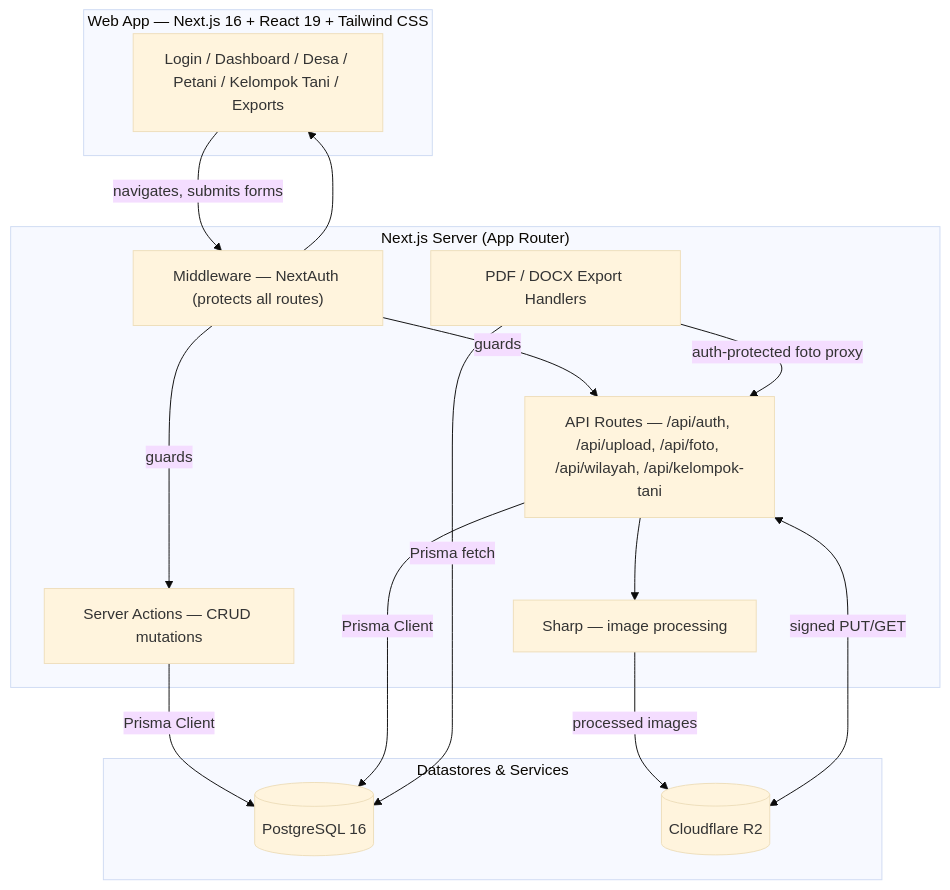
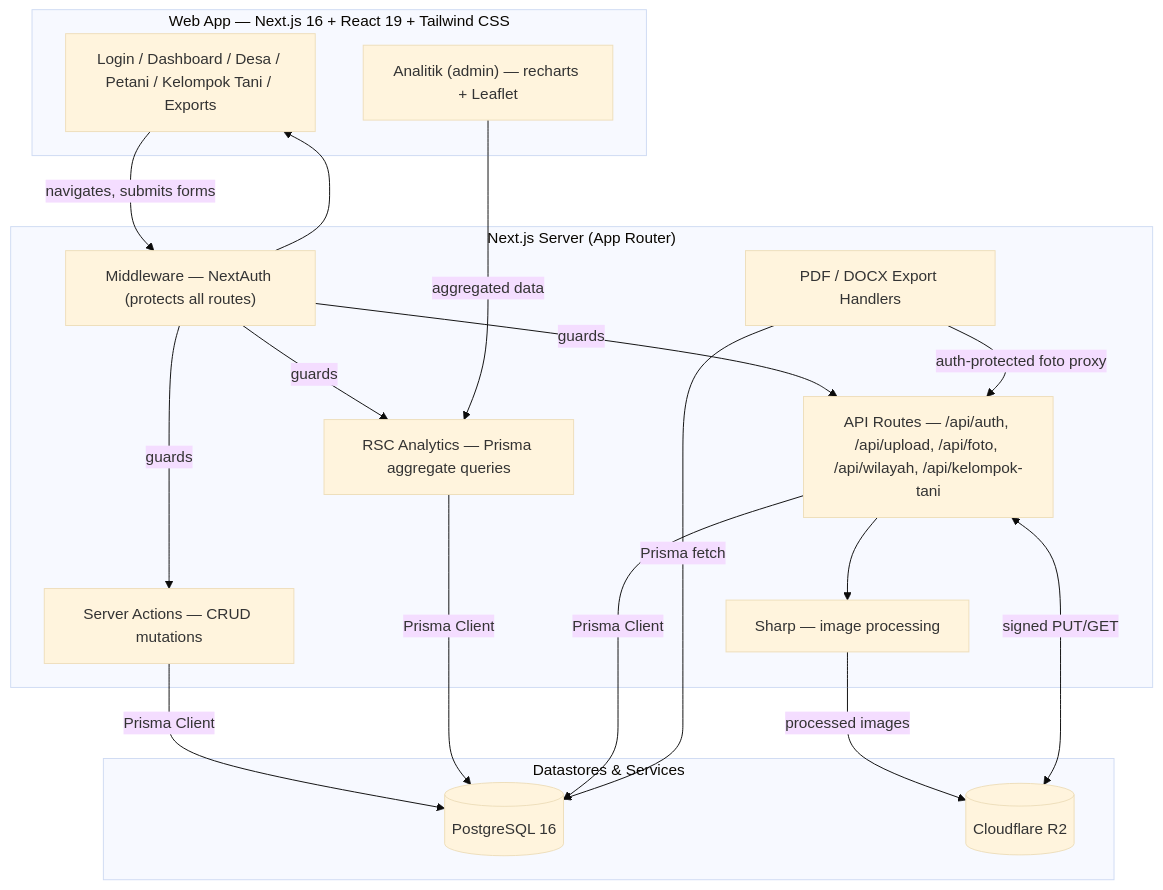
One commit to andreasmlbngaol/caritas-kopi changed the diagram in README.md. Above: the diagram before and after it, drawn with Mermaid (base theme). The commit also changed other lines of this file and 50 other files, not shown here.

````diff
--- a/README.md
+++ b/README.md
@@ -143,31 +156,36 @@
 ```mermaid
 flowchart TB
     subgraph Client["Web App — Next.js 16 + React 19 + Tailwind CSS"]
         UI["Login / Dashboard / Desa / Petani / Kelompok Tani / Exports"]
+        AN["Analitik (admin) — recharts + Leaflet"]
     end
 
     subgraph Server["Next.js Server (App Router)"]
         MW["Middleware — NextAuth (protects all routes)"]
         SA["Server Actions — CRUD mutations"]
+        RSC["RSC Analytics — Prisma aggregate queries"]
         API["API Routes — /api/auth, /api/upload, /api/foto, /api/wilayah, /api/kelompok-tani"]
         PDF["PDF / DOCX Export Handlers"]
         SHARP["Sharp — image processing"]
     end
 
     subgraph Data["Datastores & Services"]
         PG[(PostgreSQL 16)]
         R2[(Cloudflare R2)]
     end
 
     UI -->|navigates, submits forms| MW
     MW --> UI
     MW -->|guards| SA
     MW -->|guards| API
+    MW -->|guards| RSC
+    AN -->|"aggregated data"| RSC
     SA -->|"Prisma Client"| PG
+    RSC -->|"Prisma Client"| PG
     API -->|"Prisma Client"| PG
     API --> SHARP
     SHARP -->|"processed images"| R2
     API <-->|"signed PUT/GET"| R2
     PDF -->|"Prisma fetch"| PG
     PDF -->|"auth-protected foto proxy"| API
 ```
````
